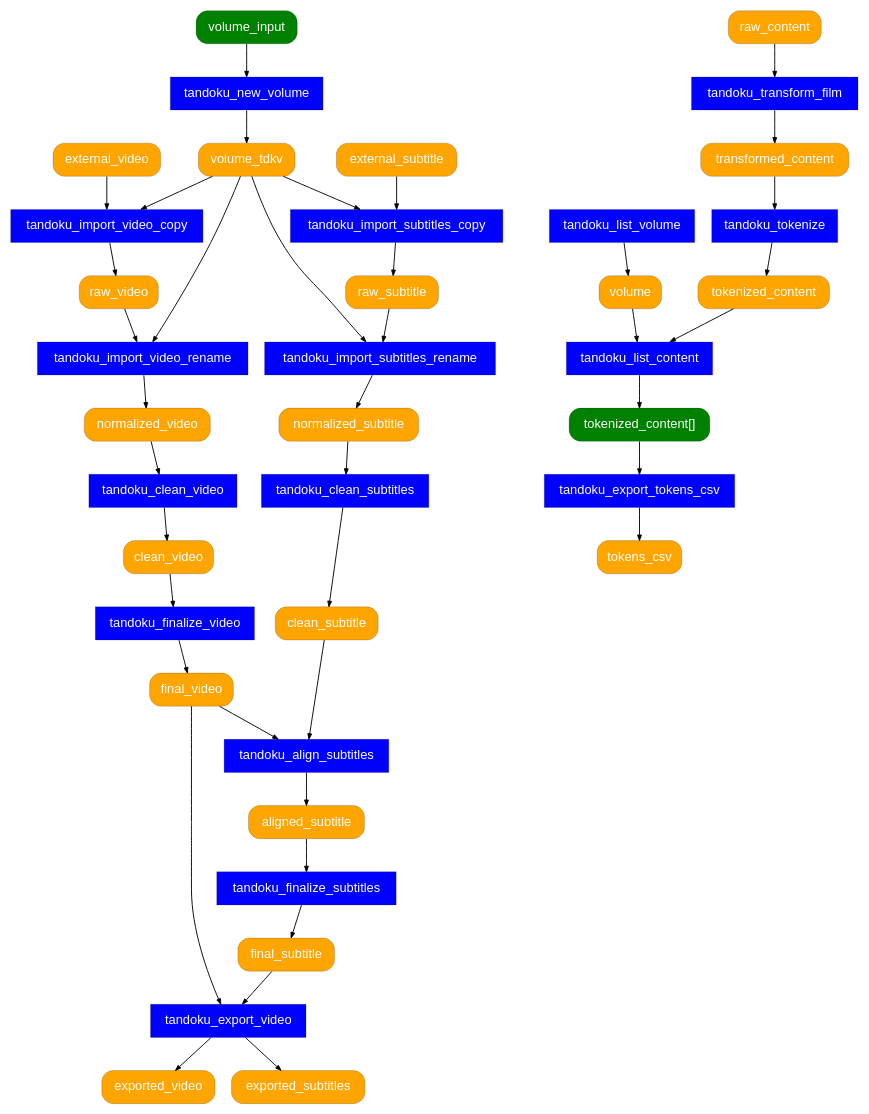
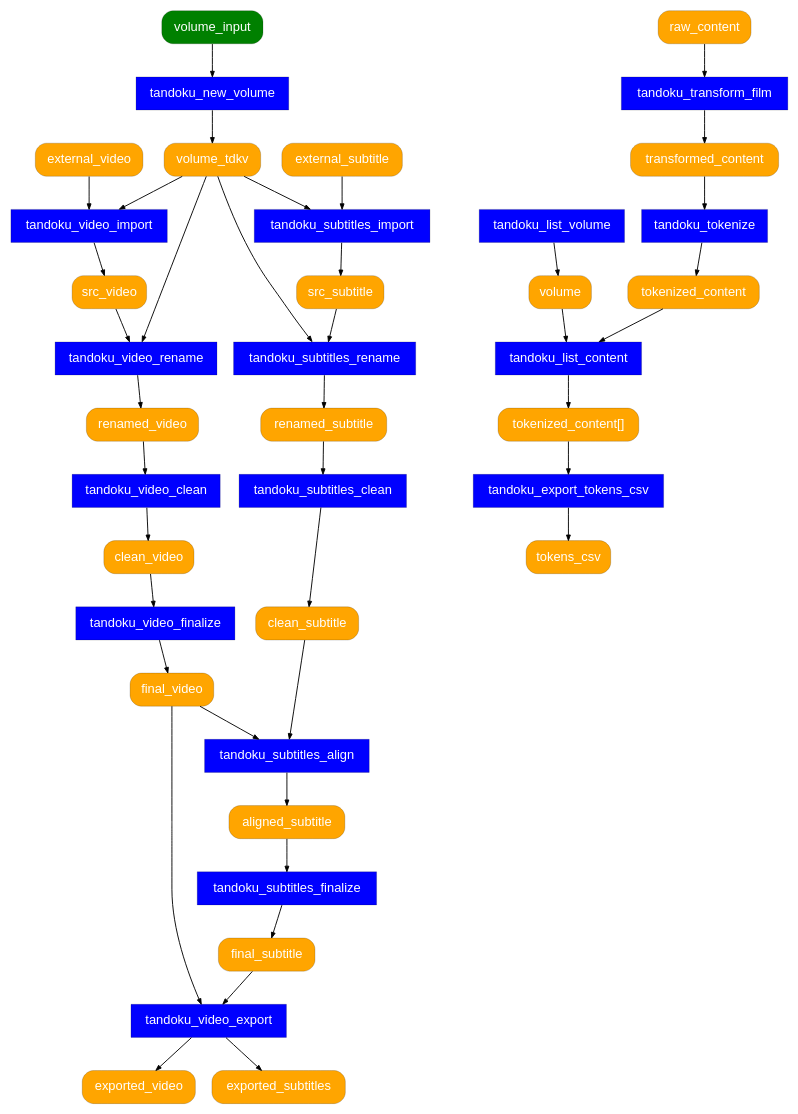
One commit to tandoku/tandoku changed the diagram in docs/tandoku-workflow.dot. Above: the diagram before and after it, drawn with Graphviz.

Commit message:
docs/tandoku-workflow.dot more updates

```diff
--- a/docs/tandoku-workflow.dot
+++ b/docs/tandoku-workflow.dot
@@ -1,111 +1,111 @@
 digraph {
     graph [fontname="Helvetica"];
     node [fontname="Helvetica" penwidth=0.2];
     edge [fontname="Helvetica" arrowsize="0.6"];
 
     # processes
     node [shape=rect style="filled" fillcolor=blue fontcolor=white];
     tandoku_new_volume
 
     tandoku_tokenize
     tandoku_list_volume
     tandoku_list_content
     tandoku_export_tokens_csv
 
     ## film processes
-    tandoku_import_subtitles_copy
-    tandoku_import_subtitles_rename
-    tandoku_clean_subtitles
-    tandoku_align_subtitles
-    tandoku_finalize_subtitles
+    tandoku_subtitles_import
+    tandoku_subtitles_rename
+    tandoku_subtitles_clean
+    tandoku_subtitles_align
+    tandoku_subtitles_finalize
 
-    tandoku_import_video_copy
-    tandoku_import_video_rename
-    tandoku_clean_video
-    tandoku_finalize_video
+    tandoku_video_import
+    tandoku_video_rename
+    tandoku_video_clean
+    tandoku_video_finalize
+    tandoku_video_export
 
     tandoku_transform_film
-
-    tandoku_export_video
 
     # artifacts
     node [shape=rect style="filled,rounded" fillcolor=orange];
     volume_tdkv
 
     raw_content
     transformed_content
     tokenized_content
+    "tokenized_content[]"
     tokens_csv
     volume
 
     ## film artifacts
     external_subtitle
-    raw_subtitle
-    normalized_subtitle
+    src_subtitle
+    renamed_subtitle
     clean_subtitle
     aligned_subtitle
     final_subtitle
 
     external_video
-    raw_video
-    normalized_video
+    src_video
+    renamed_video
     clean_video
     final_video
 
     exported_video
     exported_subtitles
 
     # user input
     node [shape=rect style="filled,rounded" fillcolor=green];
     volume_input
 
     # edges
     volume_input -> tandoku_new_volume
     tandoku_new_volume -> volume_tdkv
 
     raw_content -> tandoku_transform_film
     tandoku_transform_film -> transformed_content
     transformed_content -> tandoku_tokenize
     tandoku_tokenize -> tokenized_content
 
     tandoku_list_volume -> volume
 
     tokenized_content -> tandoku_list_content
     volume -> tandoku_list_content
     tandoku_list_content -> "tokenized_content[]"
 
     "tokenized_content[]" -> tandoku_export_tokens_csv
     tandoku_export_tokens_csv -> tokens_csv
 
     ## film edges
-    external_subtitle -> tandoku_import_subtitles_copy
-    volume_tdkv -> tandoku_import_subtitles_copy
-    tandoku_import_subtitles_copy -> raw_subtitle
-    raw_subtitle -> tandoku_import_subtitles_rename
-    volume_tdkv -> tandoku_import_subtitles_rename
-    tandoku_import_subtitles_rename -> normalized_subtitle
-    normalized_subtitle -> tandoku_clean_subtitles
-    tandoku_clean_subtitles -> clean_subtitle
+    external_subtitle -> tandoku_subtitles_import
+    volume_tdkv -> tandoku_subtitles_import
+    tandoku_subtitles_import -> src_subtitle
+    src_subtitle -> tandoku_subtitles_rename
+    volume_tdkv -> tandoku_subtitles_rename
+    tandoku_subtitles_rename -> renamed_subtitle
+    renamed_subtitle -> tandoku_subtitles_clean
+    tandoku_subtitles_clean -> clean_subtitle
 
-    external_video -> tandoku_import_video_copy
-    volume_tdkv -> tandoku_import_video_copy
-    tandoku_import_video_copy -> raw_video
-    raw_video -> tandoku_import_video_rename
-    volume_tdkv -> tandoku_import_video_rename
-    tandoku_import_video_rename -> normalized_video
-    normalized_video -> tandoku_clean_video
-    tandoku_clean_video -> clean_video
-    clean_video -> tandoku_finalize_video
-    tandoku_finalize_video -> final_video
+    external_video -> tandoku_video_import
+    volume_tdkv -> tandoku_video_import
+    tandoku_video_import -> src_video
+    src_video -> tandoku_video_rename
+    volume_tdkv -> tandoku_video_rename
+    tandoku_video_rename -> renamed_video
+    renamed_video -> tandoku_video_clean
+    tandoku_video_clean -> clean_video
+    clean_video -> tandoku_video_finalize
+    tandoku_video_finalize -> final_video
 
-    clean_subtitle -> tandoku_align_subtitles
-    final_video -> tandoku_align_subtitles
-    tandoku_align_subtitles -> aligned_subtitle
-    aligned_subtitle -> tandoku_finalize_subtitles
-    tandoku_finalize_subtitles -> final_subtitle
+    clean_subtitle -> tandoku_subtitles_align
+    final_video -> tandoku_subtitles_align
+    tandoku_subtitles_align -> aligned_subtitle
+    aligned_subtitle -> tandoku_subtitles_finalize
+    tandoku_subtitles_finalize -> final_subtitle
 
-    final_subtitle -> tandoku_export_video
-    final_video -> tandoku_export_video
-    tandoku_export_video -> exported_video
-    tandoku_export_video -> exported_subtitles
+    final_subtitle -> tandoku_video_export
+    final_video -> tandoku_video_export
+    tandoku_video_export -> exported_video
+    tandoku_video_export -> exported_subtitles
 }
```
